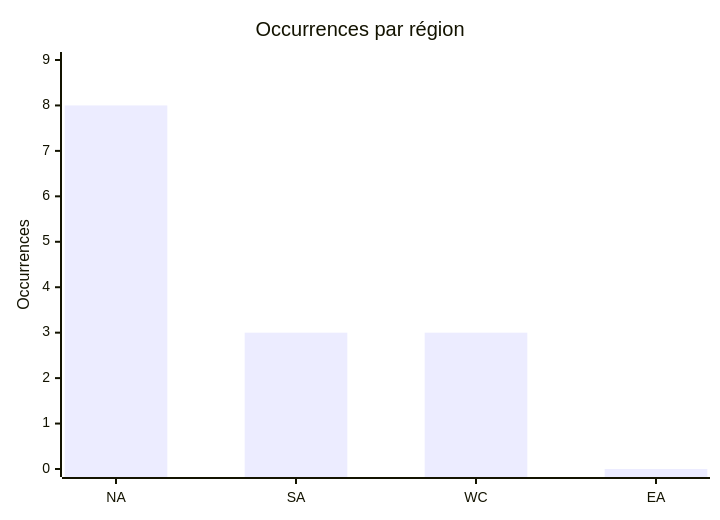
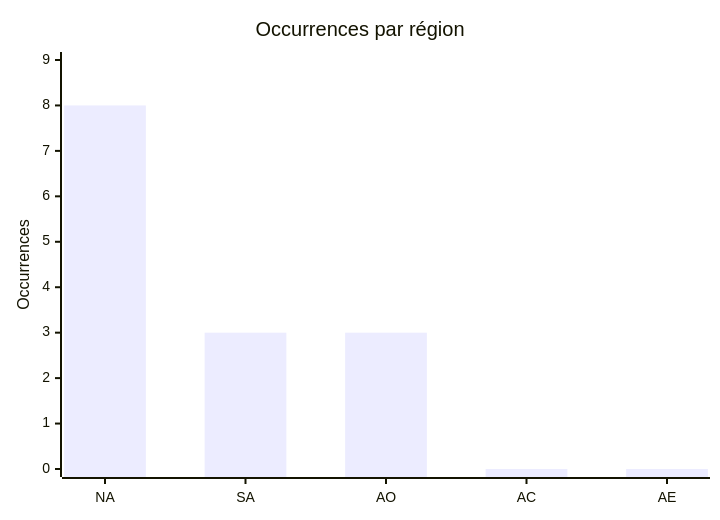
Before and after one commit to Hatchepsoute/AFRINTEL: the fourth of 5 diagrams in CyberAttackAfrica/2025/11-november/README_FR.md, drawn with Mermaid. The commit also changed other lines of this file and 109 other files, not shown here.

````diff
--- a/CyberAttackAfrica/2025/11-november/README_FR.md
+++ b/CyberAttackAfrica/2025/11-november/README_FR.md
@@ -156,7 +157,7 @@
 ```mermaid
 xychart
     title "Occurrences par région"
-    x-axis ["NA","SA","WC","EA"]
+    x-axis ["NA","SA","AO","AC","AE"]
     y-axis "Occurrences" 0 --> 9
-    bar [8,3,3,0]
+    bar [8,3,3,0,0]
 ```
````
